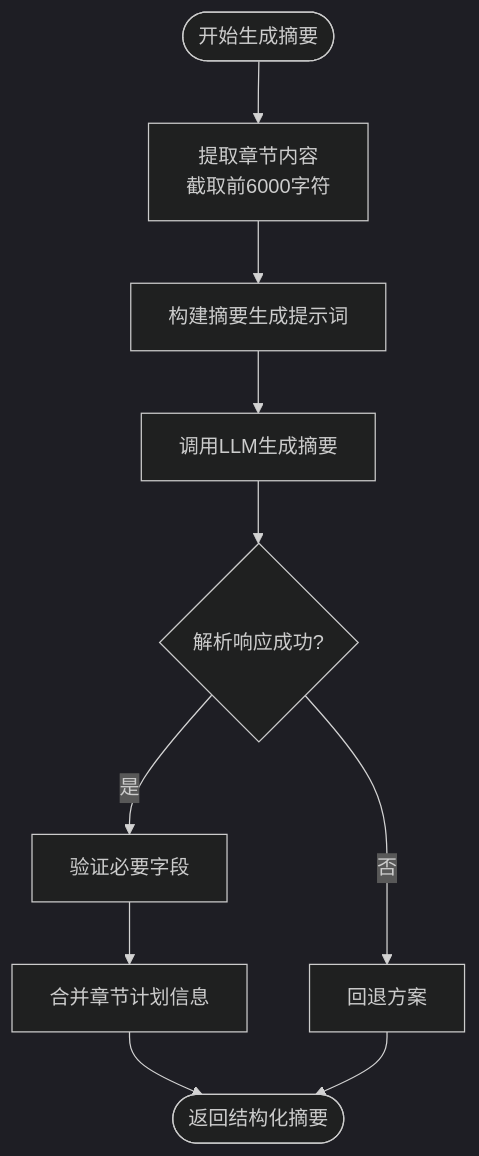
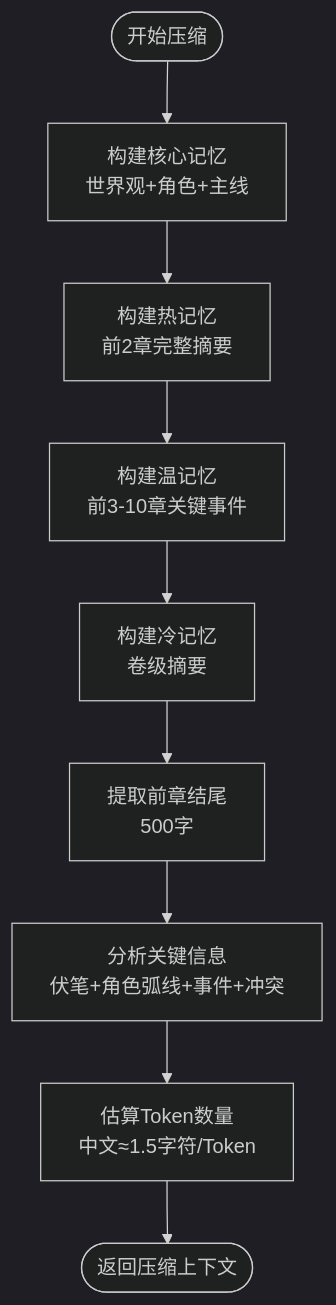
One commit to xfbyxq/ai-novel-system changed the seventh of 10 diagrams in .qoder/repowiki/zh/content/AI智能体系统/上下文压缩系统.md. Above: the diagram before and after it, drawn with Mermaid (dark theme). The commit also changed other lines of this file and 84 other files, not shown here.

````diff
--- a/.qoder/repowiki/zh/content/AI智能体系统/上下文压缩系统.md
+++ b/.qoder/repowiki/zh/content/AI智能体系统/上下文压缩系统.md
@@ -291,12 +366,11 @@
 ```mermaid
 flowchart TD
-Start([开始生成摘要]) --> ExtractContent["提取章节内容<br/>截取前6000字符"]
-ExtractContent --> BuildPrompt["构建摘要生成提示词"]
-BuildPrompt --> CallLLM["调用LLM生成摘要"]
-CallLLM --> ParseResponse{"解析响应成功?"}
-ParseResponse --> |是| ValidateFields["验证必要字段"]
-ParseResponse --> |否| Fallback["回退方案"]
-ValidateFields --> MergePlan["合并章节计划信息"]
-MergePlan --> Complete([返回结构化摘要])
-Fallback --> Complete
+Start([开始压缩]) --> Core["构建核心记忆<br/>世界观+角色+主线"]
+Core --> Hot["构建热记忆<br/>前2章完整摘要"]
+Hot --> Warm["构建温记忆<br/>前3-10章关键事件"]
+Warm --> Cold["构建冷记忆<br/>卷级摘要"]
+Cold --> Previous["提取前章结尾<br/>500字"]
+Previous --> Analyze["分析关键信息<br/>伏笔+角色弧线+事件+冲突"]
+Analyze --> Estimate["估算Token数量<br/>中文≈1.5字符/Token"]
+Estimate --> End([返回压缩上下文])
 ```
````
